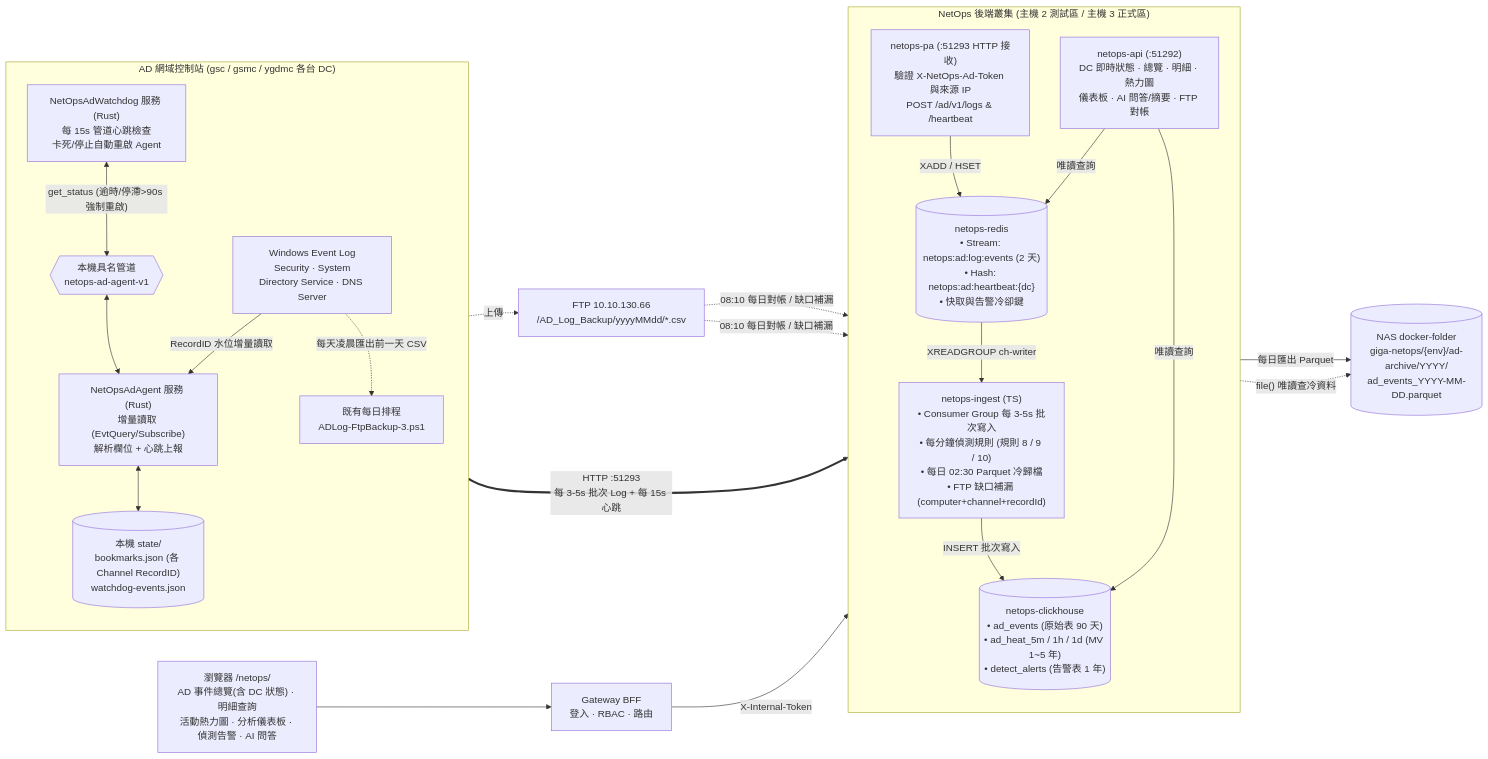
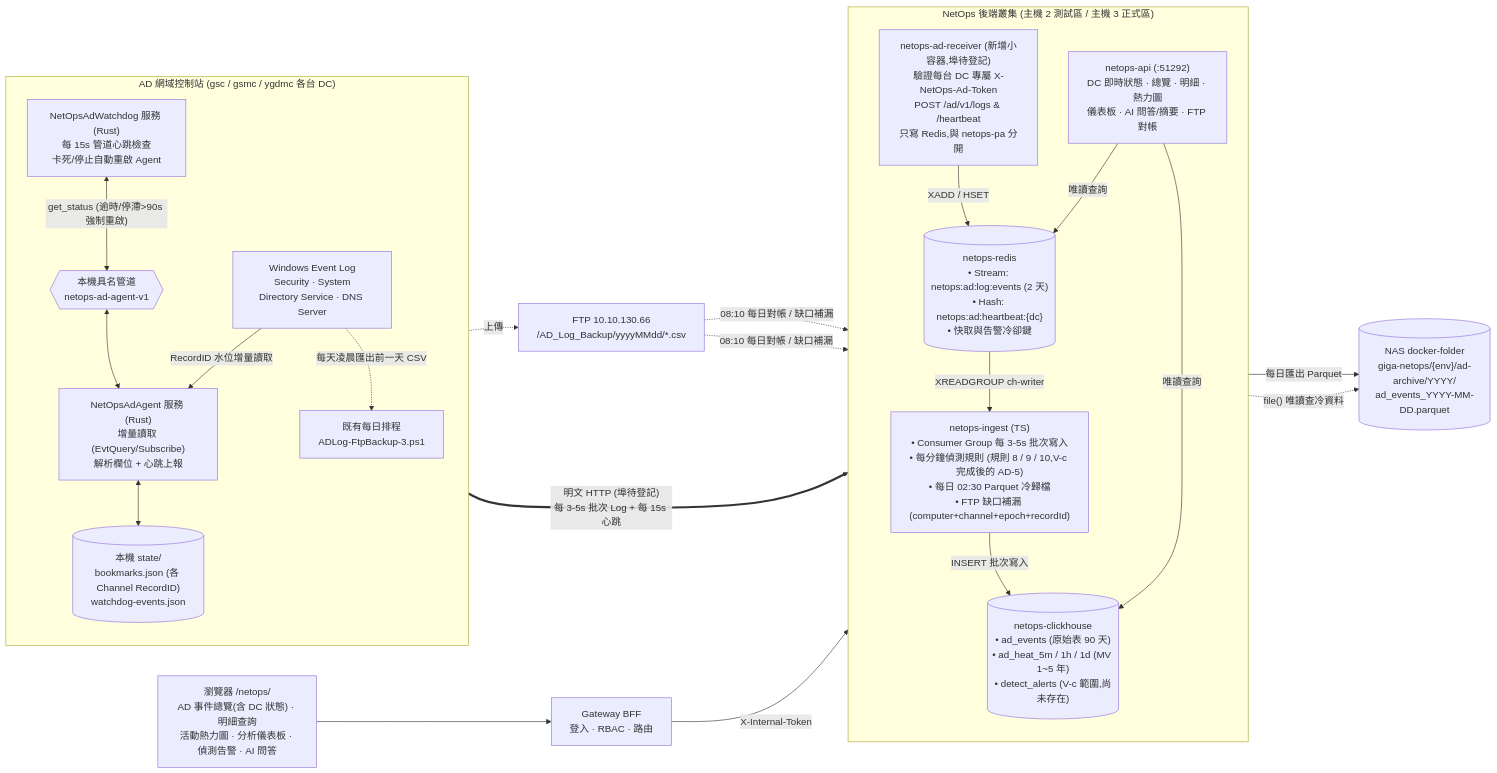
The first of 2 diagrams in docs/AD-AGENT-PLAN.md (WeiWeicode/NetOps), drawn with Mermaid before and after one commit. The commit also changed other lines of this file and 3 other files, not shown here.

````diff
--- a/docs/AD-AGENT-PLAN.md
+++ b/docs/AD-AGENT-PLAN.md
@@ -54,43 +55,43 @@
 ```mermaid
 flowchart LR
     subgraph DC_Nodes["AD 網域控制站 (gsc / gsmc / ygdmc 各台 DC)"]
         direction TB
         EV["Windows Event Log<br/>Security · System<br/>Directory Service · DNS Server"]
         AG["NetOpsAdAgent 服務 (Rust)<br/>增量讀取 (EvtQuery/Subscribe)<br/>解析欄位 + 心跳上報"]
         WD["NetOpsAdWatchdog 服務 (Rust)<br/>每 15s 管道心跳檢查<br/>卡死/停止自動重啟 Agent"]
         PIPE{{"本機具名管道<br/>netops-ad-agent-v1"}}
         STATE[("本機 state/<br/>bookmarks.json (各 Channel RecordID)<br/>watchdog-events.json")]
         PS["既有每日排程<br/>ADLog-FtpBackup-3.ps1"]
 
         EV -->|"RecordID 水位增量讀取"| AG
         AG <--> STATE
         WD <-->|"get_status (逾時/停滯>90s 強制重啟)"| PIPE <--> AG
         EV -.->|"每天凌晨匯出前一天 CSV"| PS
     end
 
     FTP["FTP 10.10.130.66<br/>/AD_Log_Backup/yyyyMMdd/*.csv"]
     PS -.->|"上傳"| FTP
 
     subgraph NETOPS["NetOps 後端叢集 (主機 2 測試區 / 主機 3 正式區)"]
         direction TB
-        P["netops-pa (:51293 HTTP 接收)<br/>驗證 X-NetOps-Ad-Token 與來源 IP<br/>POST /ad/v1/logs & /heartbeat"]
+        P["netops-ad-receiver (新增小容器,埠待登記)<br/>驗證每台 DC 專屬 X-NetOps-Ad-Token<br/>POST /ad/v1/logs & /heartbeat<br/>只寫 Redis,與 netops-pa 分開"]
         R[("netops-redis<br/>• Stream: netops:ad:log:events (2 天)<br/>• Hash: netops:ad:heartbeat:{dc}<br/>• 快取與告警冷卻鍵")]
-        I["netops-ingest (TS)<br/>• Consumer Group 每 3-5s 批次寫入<br/>• 每分鐘偵測規則 (規則 8 / 9 / 10)<br/>• 每日 02:30 Parquet 冷歸檔<br/>• FTP 缺口補漏 (computer+channel+recordId)"]
-        C[("netops-clickhouse<br/>• ad_events (原始表 90 天)<br/>• ad_heat_5m / 1h / 1d (MV 1~5 年)<br/>• detect_alerts (告警表 1 年)")]
+        I["netops-ingest (TS)<br/>• Consumer Group 每 3-5s 批次寫入<br/>• 每分鐘偵測規則 (規則 8 / 9 / 10,V-c 完成後的 AD-5)<br/>• 每日 02:30 Parquet 冷歸檔<br/>• FTP 缺口補漏 (computer+channel+epoch+recordId)"]
+        C[("netops-clickhouse<br/>• ad_events (原始表 90 天)<br/>• ad_heat_5m / 1h / 1d (MV 1~5 年)<br/>• detect_alerts (V-c 範圍,尚未存在)")]
         A["netops-api (:51292)<br/>DC 即時狀態 · 總覽 · 明細 · 熱力圖<br/>儀表板 · AI 問答/摘要 · FTP 對帳"]
     end
 
     NAS[("NAS docker-folder<br/>giga-netops/{env}/ad-archive/YYYY/<br/>ad_events_YYYY-MM-DD.parquet")]
     BFF["Gateway BFF<br/>登入 · RBAC · 路由"]
     UI["瀏覽器 /netops/<br/>AD 事件總覽(含 DC 狀態) · 明細查詢<br/>活動熱力圖 · 分析儀表板 · 偵測告警 · AI 問答"]
 
-    AG ==>|"HTTP :51293<br/>每 3-5s 批次 Log + 每 15s 心跳"| P
+    AG ==>|"明文 HTTP (埠待登記)<br/>每 3-5s 批次 Log + 每 15s 心跳"| P
     P -->|"XADD / HSET"| R
     R -->|"XREADGROUP ch-writer"| I
     I -->|"INSERT 批次寫入"| C
     I -->|"每日匯出 Parquet"| NAS
     C -.->|"file() 唯讀查冷資料"| NAS
     FTP -.->|"08:10 每日對帳 / 缺口補漏"| A & I
     UI --> BFF -->|"X-Internal-Token"| A
     A -->|"唯讀查詢"| C & R
 ```
````
